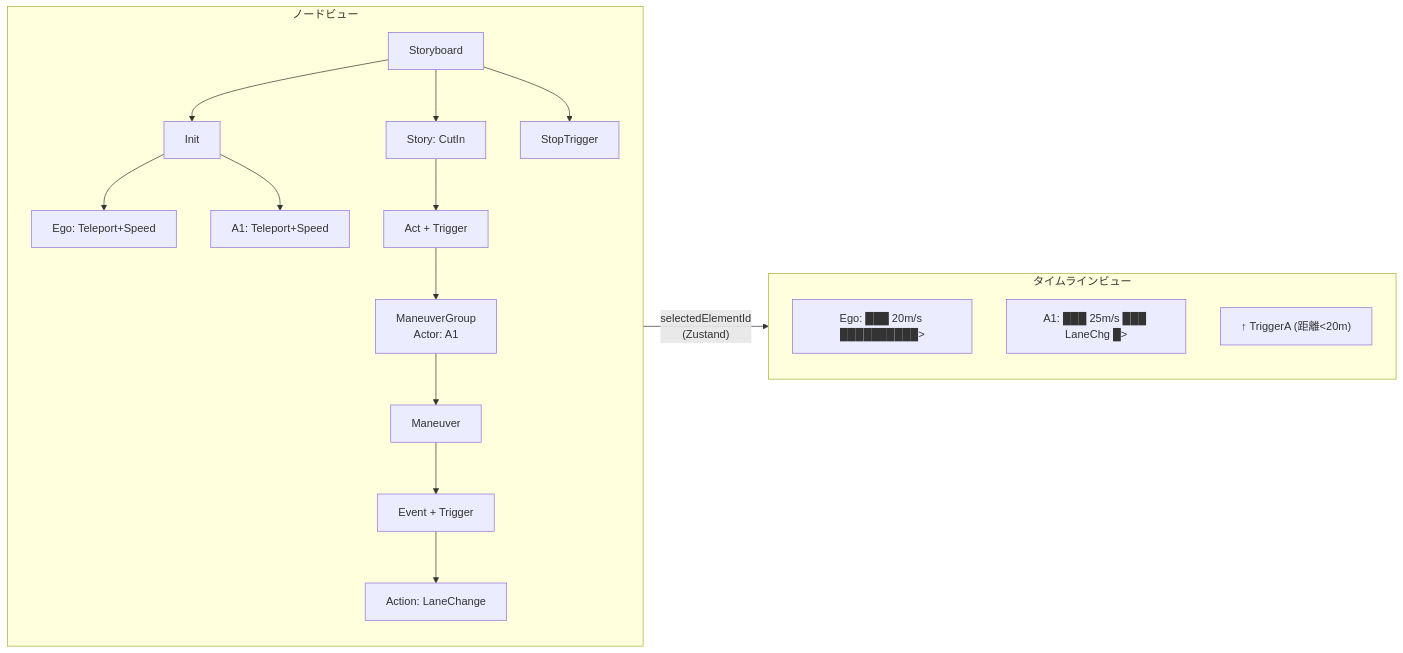
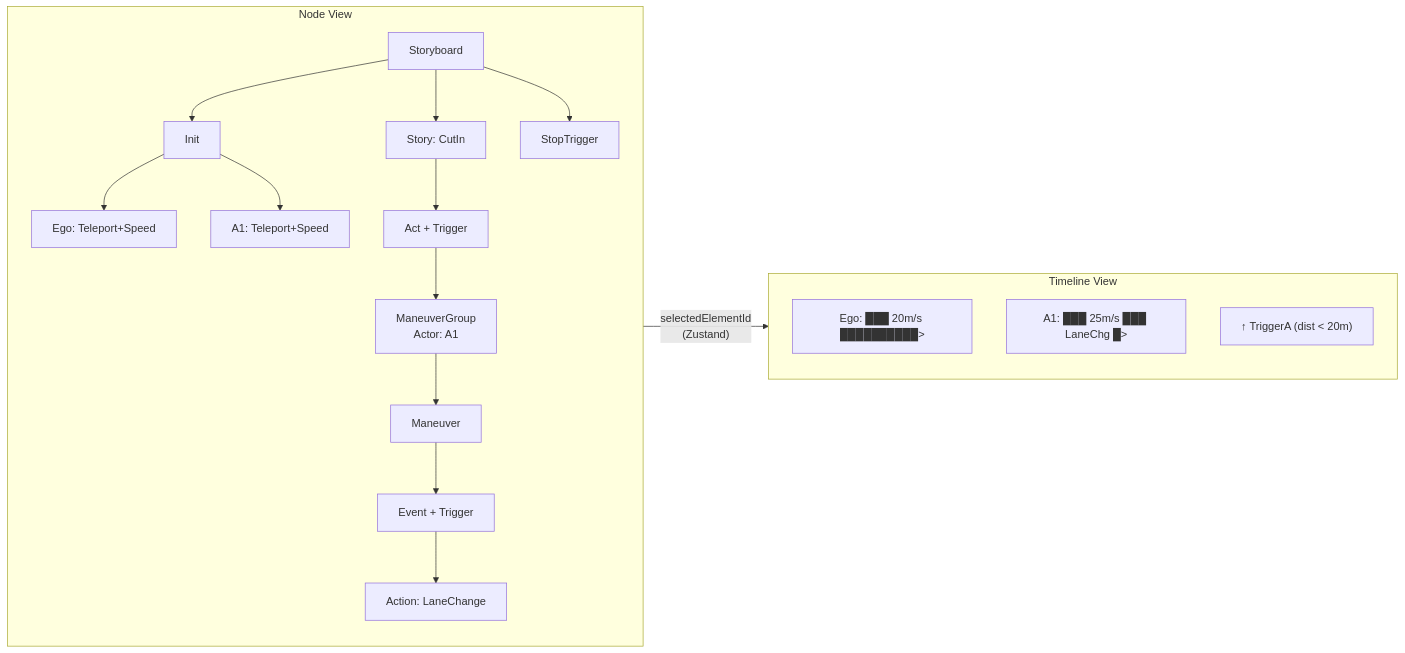
The fourth of 7 diagrams in docs/ARCHITECTURE.md (GT-karny/GT-OpenSCENARIOEditor), drawn with Mermaid before and after one commit. The commit also changed other lines of this file and 7 other files, not shown here.

````diff
--- a/docs/ARCHITECTURE.md
+++ b/docs/ARCHITECTURE.md
@@ -223,35 +234,35 @@
 ```mermaid
 graph LR
-  subgraph NodeView["ノードビュー"]
+  subgraph NodeView["Node View"]
     SB["Storyboard"]
     Init["Init"]
     EgoInit["Ego: Teleport+Speed"]
     A1Init["A1: Teleport+Speed"]
     Story["Story: CutIn"]
     Act["Act + Trigger"]
     MG["ManeuverGroup\nActor: A1"]
     Mnv["Maneuver"]
     Evt["Event + Trigger"]
     LCA["Action: LaneChange"]
     Stop["StopTrigger"]
 
     SB --> Init
     SB --> Story
     SB --> Stop
     Init --> EgoInit
     Init --> A1Init
     Story --> Act
     Act --> MG
     MG --> Mnv
     Mnv --> Evt
     Evt --> LCA
   end
 
-  subgraph TimelineView["タイムラインビュー"]
+  subgraph TimelineView["Timeline View"]
     EgoTrack["Ego: ███ 20m/s ██████████>"]
     A1Track["A1: ███ 25m/s ███ LaneChg █>"]
-    TrigA["↑ TriggerA (距離<20m)"]
+    TrigA["↑ TriggerA (dist < 20m)"]
   end
 
   NodeView -- "selectedElementId\n(Zustand)" --> TimelineView
 ```
````
